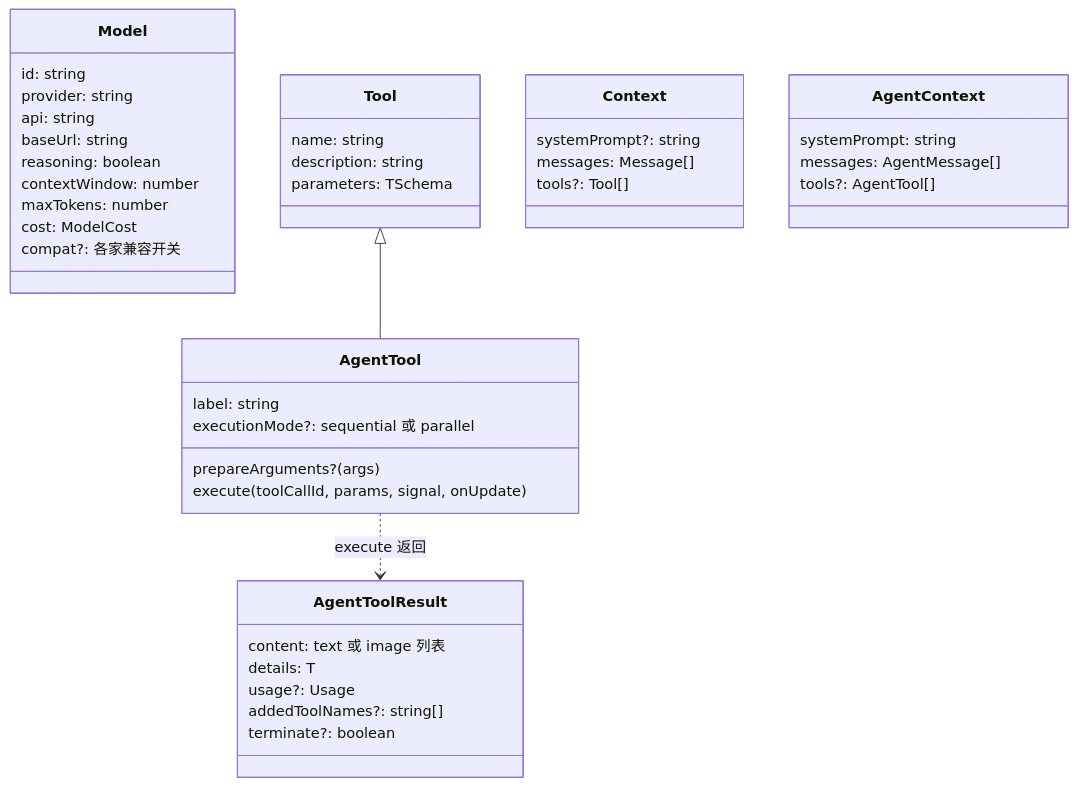
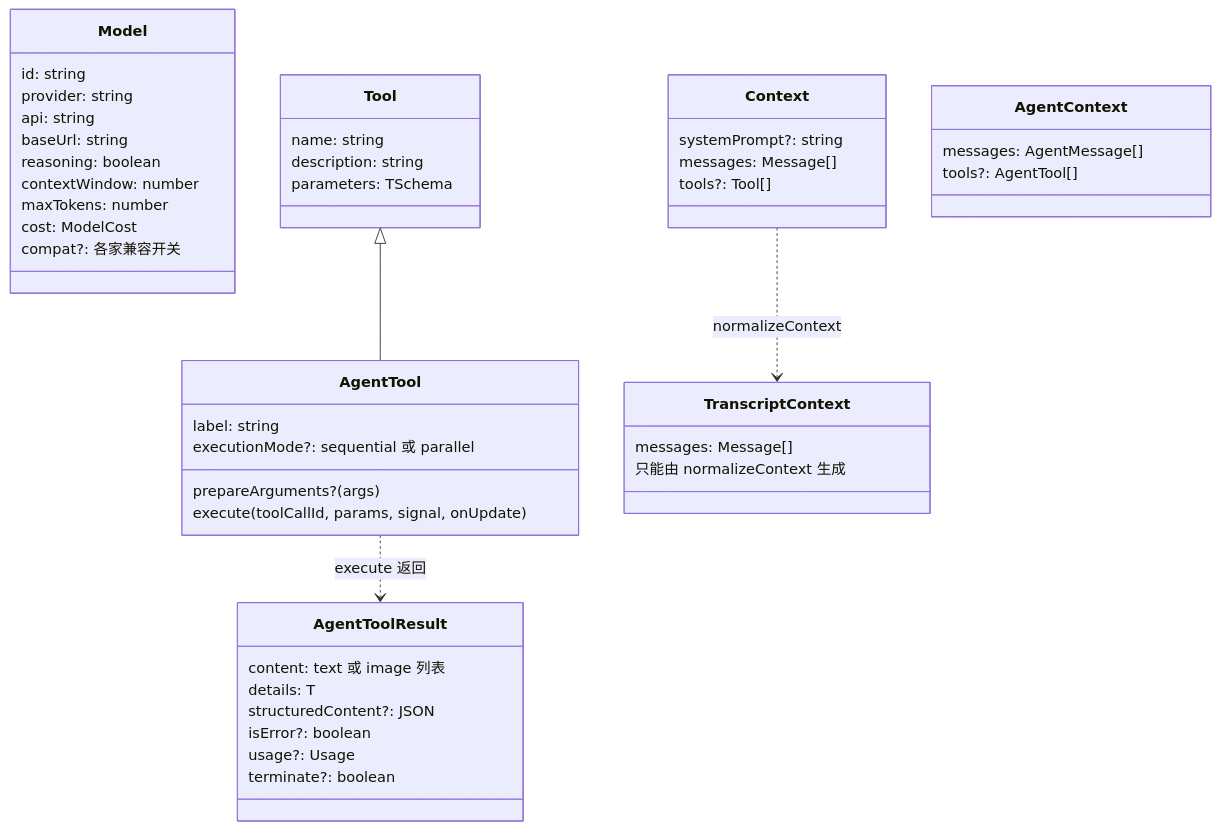
Before and after one commit to nickqiaoo/nickqiaoo.github.io: the third of 18 diagrams in src/content/post/agents-pi-mono/index.md, drawn with Mermaid. The commit also changed other lines of this file and 1 other file, not shown here.

````diff
--- a/src/content/post/agents-pi-mono/index.md
+++ b/src/content/post/agents-pi-mono/index.md
@@ -126,44 +144,49 @@
 ```mermaid
 classDiagram
   class Model {
     id: string
     provider: string
     api: string
     baseUrl: string
     reasoning: boolean
     contextWindow: number
     maxTokens: number
     cost: ModelCost
     compat?: 各家兼容开关
   }
   class Tool {
     name: string
     description: string
     parameters: TSchema
   }
   class AgentTool {
     label: string
     prepareArguments?(args)
     execute(toolCallId, params, signal, onUpdate)
     executionMode?: sequential 或 parallel
   }
   class AgentToolResult {
     content: text 或 image 列表
     details: T
+    structuredContent?: JSON
+    isError?: boolean
     usage?: Usage
-    addedToolNames?: string[]
     terminate?: boolean
   }
   class Context {
     systemPrompt?: string
     messages: Message[]
     tools?: Tool[]
   }
+  class TranscriptContext {
+    messages: Message[]
+    只能由 normalizeContext 生成
+  }
   class AgentContext {
-    systemPrompt: string
     messages: AgentMessage[]
     tools?: AgentTool[]
   }
   Tool <|-- AgentTool
   AgentTool ..> AgentToolResult : execute 返回
+  Context ..> TranscriptContext : normalizeContext
 ```
````
